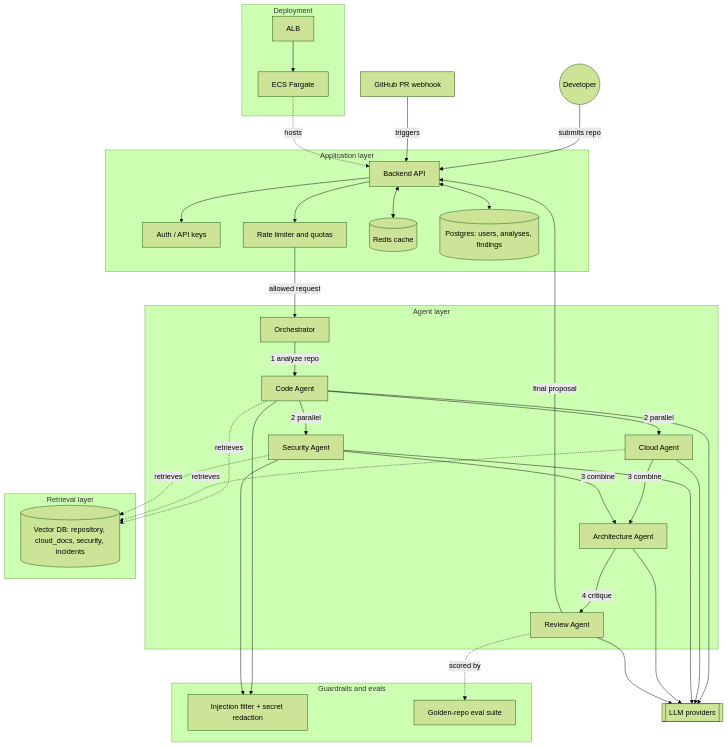
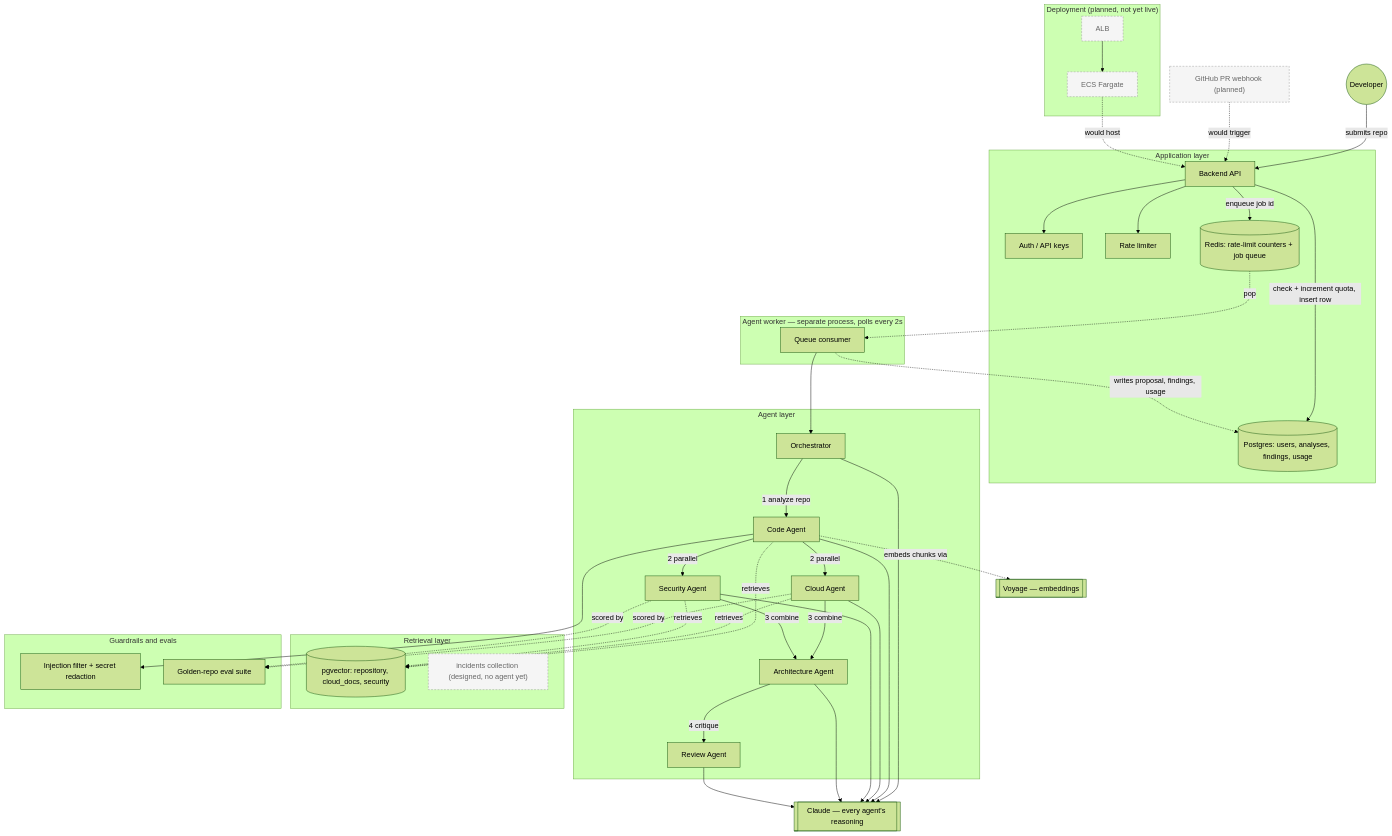
The diagram in README.md (myrmlbst/repo-swarm), drawn with Mermaid (forest theme) before and after one commit. The commit also changed other lines of this file, not shown here.

Commit message:
fixed system architecture diagram (might need revision)

````diff
--- a/README.md
+++ b/README.md
@@ -88,63 +88,75 @@
 ```mermaid
 flowchart TD
     Dev((Developer)) -->|submits repo| API
-    GH[GitHub PR webhook] -->|triggers| API
+    GH["GitHub PR webhook (planned)"]:::planned -.->|would trigger| API
 
     subgraph AppLayer["Application layer"]
         API[Backend API]
         Auth[Auth / API keys]
-        RL[Rate limiter and quotas]
-        Cache[("Redis cache")]
-        PG[("Postgres: users, analyses, findings")]
+        RL[Rate limiter]
+        Redis[("Redis: rate-limit counters + job queue")]
+        PG[("Postgres: users, analyses, findings, usage")]
     end
 
     API --> Auth
     API --> RL
-    API <--> Cache
-    API <--> PG
-    RL -->|allowed request| Orch
+    API -->|check + increment quota, insert row| PG
+    API -->|enqueue job id| Redis
+
+    subgraph WorkerProc["Agent worker — separate process, polls every 2s"]
+        Worker[Queue consumer]
+    end
+    Redis -.pop.-> Worker
+    Worker --> Orch
+    Worker -.writes proposal, findings, usage.-> PG
 
     subgraph AgentLayer["Agent layer"]
         Orch[Orchestrator]
         Code[Code Agent]
         Cloud[Cloud Agent]
         Sec[Security Agent]
         Arch[Architecture Agent]
         Rev[Review Agent]
     end
 
     Orch -->|1 analyze repo| Code
     Code -->|2 parallel| Cloud
     Code -->|2 parallel| Sec
     Cloud -->|3 combine| Arch
     Sec -->|3 combine| Arch
     Arch -->|4 critique| Rev
-    Rev -->|final proposal| API
 
     subgraph RAGLayer["Retrieval layer"]
-        VDB[("Vector DB: repository, cloud_docs, security, incidents")]
+        VDB[("pgvector: repository, cloud_docs, security")]
+        Incidents["incidents collection (designed, no agent yet)"]:::planned
     end
     Code -.retrieves.-> VDB
     Cloud -.retrieves.-> VDB
     Sec -.retrieves.-> VDB
 
-    LLM[["LLM providers"]]
-    Code --> LLM
-    Cloud --> LLM
-    Sec --> LLM
-    Arch --> LLM
-    Rev --> LLM
+    Claude[["Claude — every agent's reasoning"]]
+    Voyage[["Voyage — embeddings"]]
+    Orch --> Claude
+    Code --> Claude
+    Cloud --> Claude
+    Sec --> Claude
+    Arch --> Claude
+    Rev --> Claude
+    Code -.embeds chunks via.-> Voyage
 
     subgraph QualityLayer["Guardrails and evals"]
         G[Injection filter + secret redaction]
         E[Golden-repo eval suite]
     end
     Code --> G
-    Sec --> G
-    Rev -.scored by.-> E
+    Cloud -.scored by.-> E
+    Sec -.scored by.-> E
 
-    subgraph DeployLayer["Deployment"]
+    subgraph DeployLayer["Deployment (planned, not yet live)"]
         ALB[ALB] --> ECS[ECS Fargate]
     end
-    ECS -.hosts.-> API
+    ECS -.would host.-> API
+
+    classDef planned fill:#f5f5f5,stroke:#999,stroke-dasharray: 4 3,color:#666
+    class GH,Incidents,ALB,ECS planned
 ```
````
